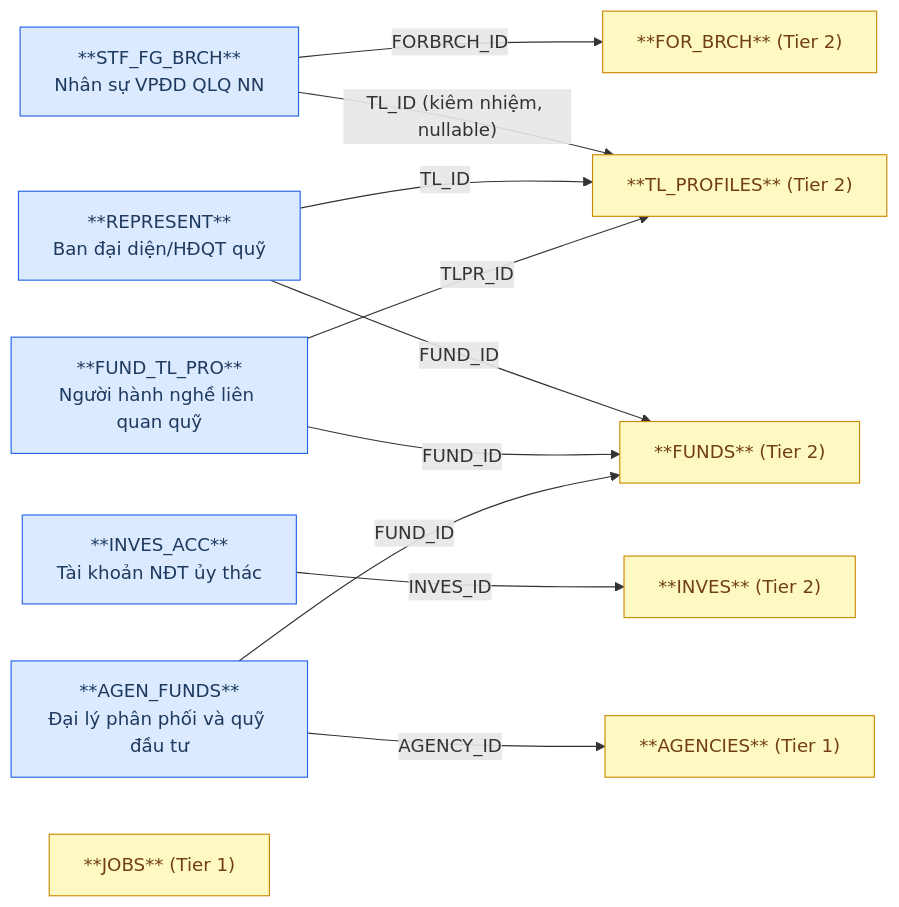
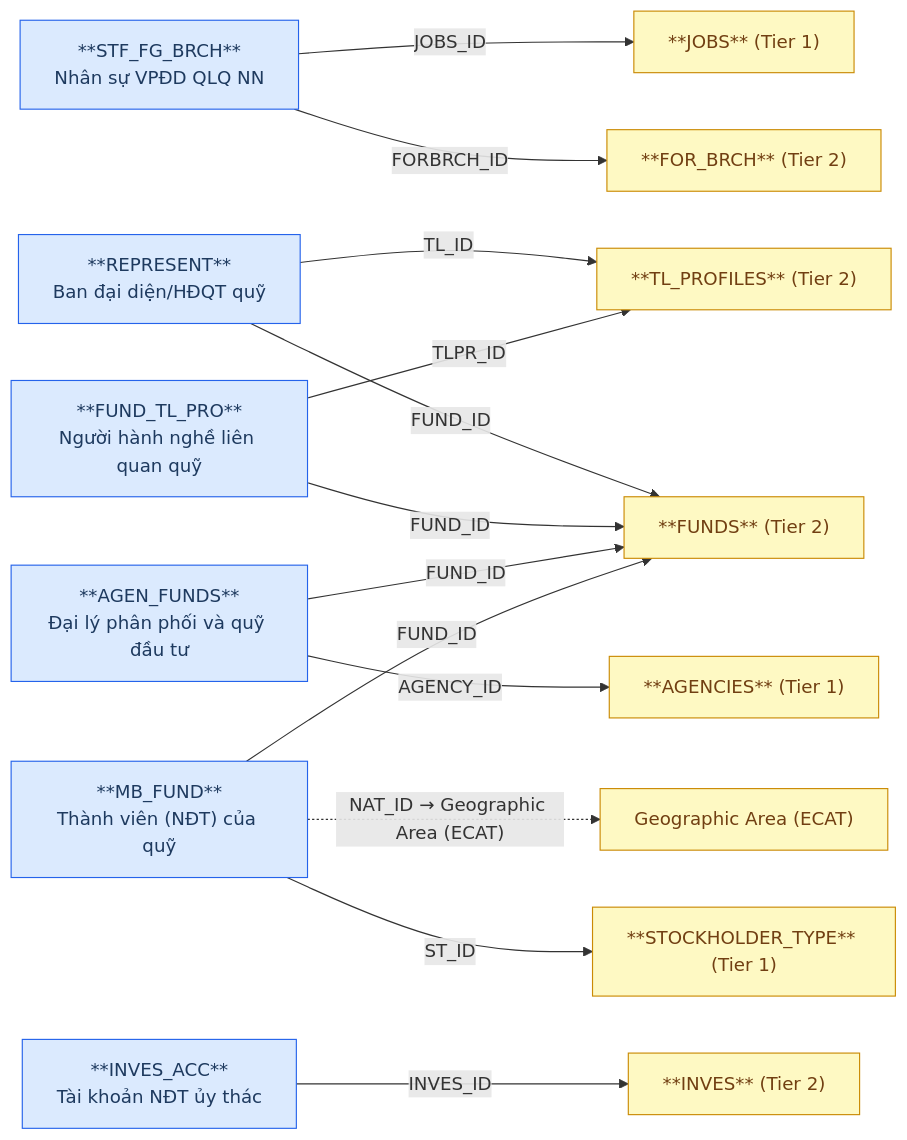
One commit to linhlvit/ubck_atomic_design changed the first of 2 diagrams in DataModel/working/Atomic/hld/FMS_HLD_Tier3.md. Above: the diagram before and after it, drawn with Mermaid. The commit also changed other lines of this file and 105 other files, not shown here.

````diff
--- a/DataModel/working/Atomic/hld/FMS_HLD_Tier3.md
+++ b/DataModel/working/Atomic/hld/FMS_HLD_Tier3.md
@@ -25,28 +28,33 @@
 ```mermaid
 graph LR
     classDef src fill:#dbeafe,stroke:#2563eb,color:#1e3a5f
     classDef outscope fill:#fef9c3,stroke:#ca8a04,color:#713f12
 
     STF_FG_BRCH["**STF_FG_BRCH**\nNhân sự VPĐD QLQ NN"]:::src
     REPRESENT["**REPRESENT**\nBan đại diện/HĐQT quỹ"]:::src
     INVES_ACC["**INVES_ACC**\nTài khoản NĐT ủy thác"]:::src
     FUND_TL_PRO["**FUND_TL_PRO**\nNgười hành nghề liên quan quỹ"]:::src
     AGEN_FUNDS["**AGEN_FUNDS**\nĐại lý phân phối và quỹ đầu tư"]:::src
+    MB_FUND["**MB_FUND**\nThành viên (NĐT) của quỹ"]:::src
+    STOCKHOLDER_TYPE["**STOCKHOLDER_TYPE** (Tier 1)"]:::outscope
 
     FOR_BRCH["**FOR_BRCH** (Tier 2)"]:::outscope
     TL_PROFILES["**TL_PROFILES** (Tier 2)"]:::outscope
     FUNDS["**FUNDS** (Tier 2)"]:::outscope
     INVES["**INVES** (Tier 2)"]:::outscope
     JOBS["**JOBS** (Tier 1)"]:::outscope
     AGENCIES["**AGENCIES** (Tier 1)"]:::outscope
 
     STF_FG_BRCH -->|"FORBRCH_ID"| FOR_BRCH
-    STF_FG_BRCH -->|"TL_ID (kiêm nhiệm, nullable)"| TL_PROFILES
+    STF_FG_BRCH -->|"JOBS_ID"| JOBS
     REPRESENT -->|"FUND_ID"| FUNDS
     REPRESENT -->|"TL_ID"| TL_PROFILES
     INVES_ACC -->|"INVES_ID"| INVES
     FUND_TL_PRO -->|"TLPR_ID"| TL_PROFILES
     FUND_TL_PRO -->|"FUND_ID"| FUNDS
     AGEN_FUNDS -->|"AGENCY_ID"| AGENCIES
     AGEN_FUNDS -->|"FUND_ID"| FUNDS
+    MB_FUND -->|"FUND_ID"| FUNDS
+    MB_FUND -->|"ST_ID"| STOCKHOLDER_TYPE
+    MB_FUND -.->|"NAT_ID → Geographic Area (ECAT)"| NATIONAL_ECAT["Geographic Area (ECAT)"]:::outscope
 ```
````
